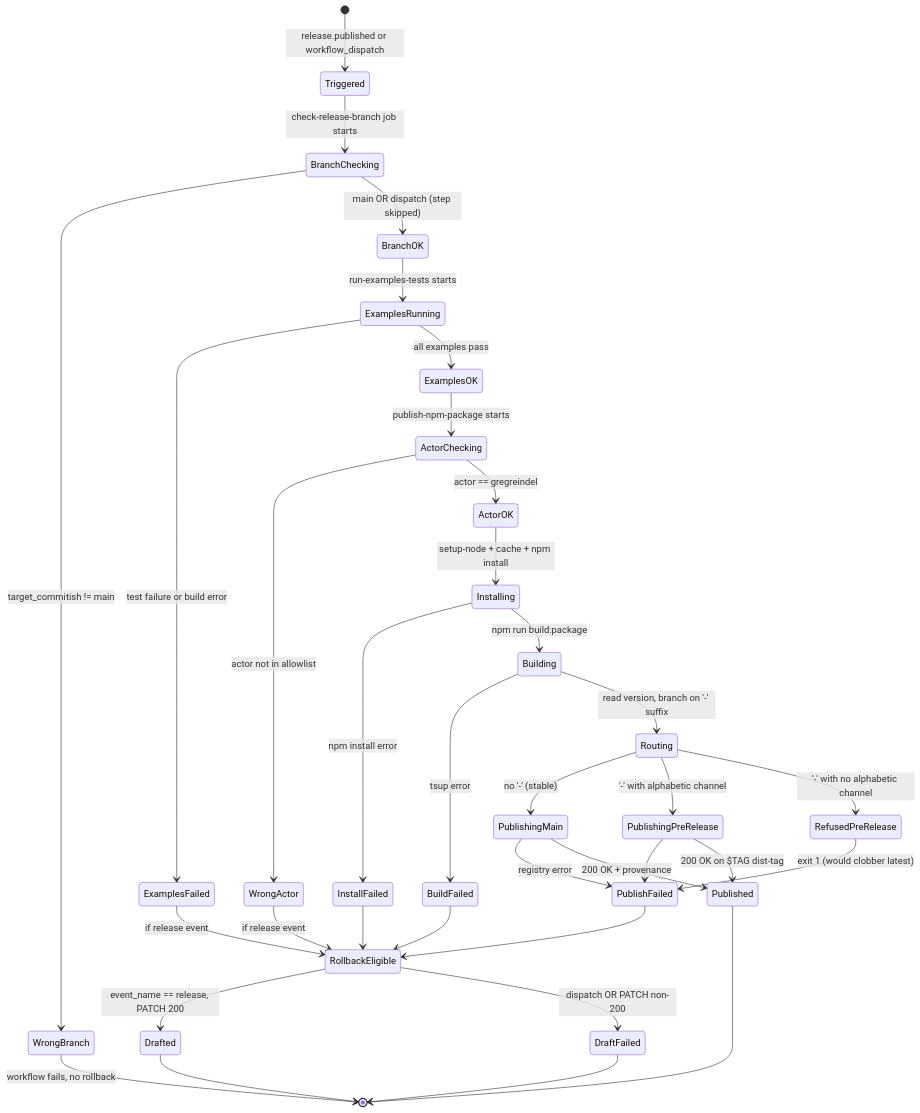
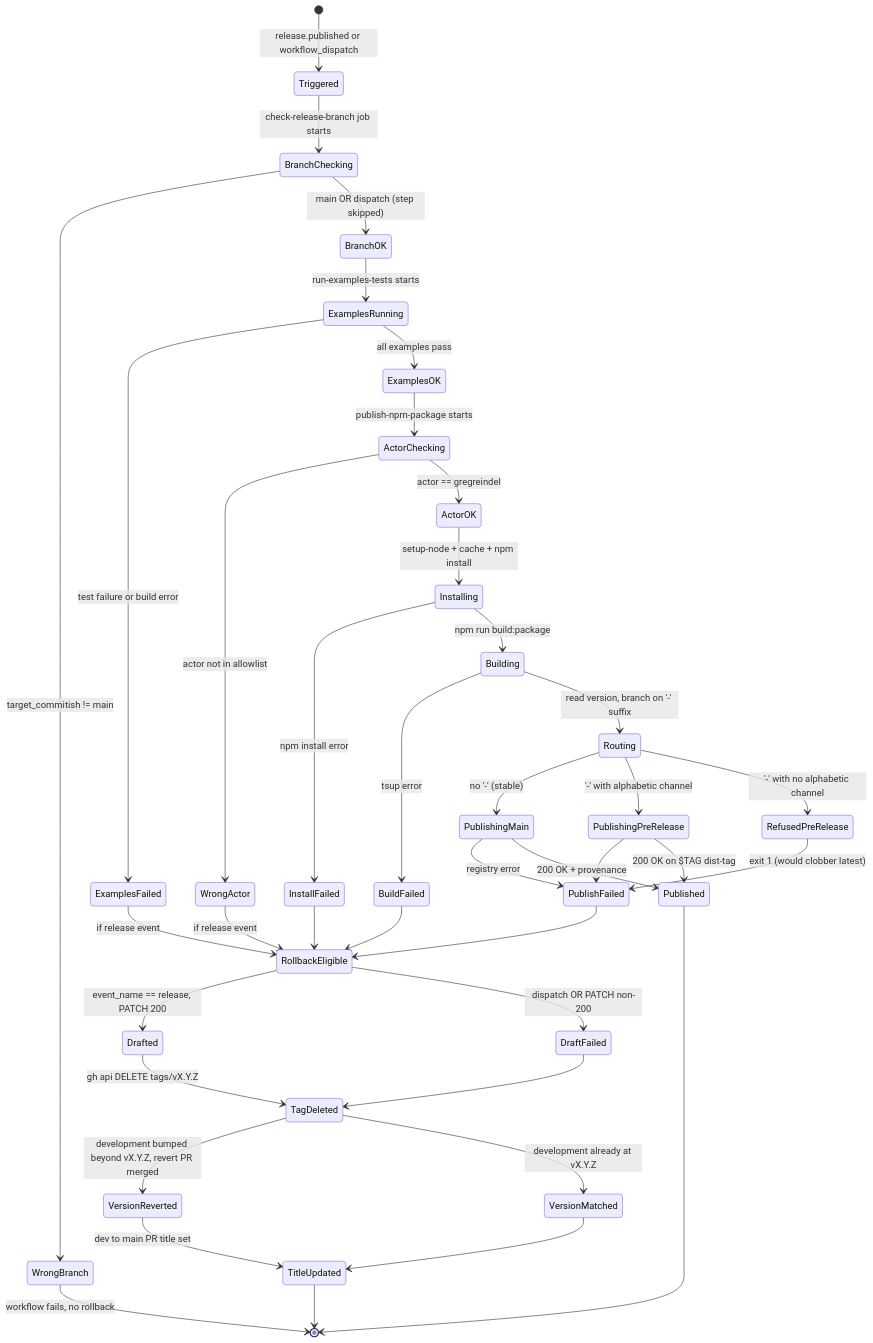
One commit to llm-exe/llm-exe changed the tenth of 12 diagrams in .github/docs/PUBLISH_RELEASE_DEEP_DIVE.md. Above: the diagram before and after it, drawn with Mermaid. The commit also changed other lines of this file and 3 other files, not shown here.

````diff
--- a/.github/docs/PUBLISH_RELEASE_DEEP_DIVE.md
+++ b/.github/docs/PUBLISH_RELEASE_DEEP_DIVE.md
@@ -462,37 +502,42 @@
 ```mermaid
 stateDiagram-v2
     [*] --> Triggered: release.published or workflow_dispatch
     Triggered --> BranchChecking: check-release-branch job starts
     BranchChecking --> WrongBranch: target_commitish != main
     BranchChecking --> BranchOK: main OR dispatch (step skipped)
     WrongBranch --> [*]: workflow fails, no rollback
     BranchOK --> ExamplesRunning: run-examples-tests starts
     ExamplesRunning --> ExamplesFailed: test failure or build error
     ExamplesRunning --> ExamplesOK: all examples pass
     ExamplesFailed --> RollbackEligible: if release event
     ExamplesOK --> ActorChecking: publish-npm-package starts
     ActorChecking --> WrongActor: actor not in allowlist
     ActorChecking --> ActorOK: actor == gregreindel
     WrongActor --> RollbackEligible: if release event
     ActorOK --> Installing: setup-node + cache + npm install
     Installing --> InstallFailed: npm install error
     InstallFailed --> RollbackEligible
     Installing --> Building: npm run build:package
     Building --> BuildFailed: tsup error
     BuildFailed --> RollbackEligible
     Building --> Routing: read version, branch on '-' suffix
     Routing --> PublishingMain: no '-' (stable)
     Routing --> PublishingPreRelease: '-' with alphabetic channel
     Routing --> RefusedPreRelease: '-' with no alphabetic channel
     RefusedPreRelease --> PublishFailed: exit 1 (would clobber latest)
     PublishingMain --> PublishFailed: registry error
     PublishingPreRelease --> PublishFailed
     PublishingMain --> Published: 200 OK + provenance
     PublishingPreRelease --> Published: 200 OK on $TAG dist-tag
     PublishFailed --> RollbackEligible
     RollbackEligible --> Drafted: event_name == release, PATCH 200
     RollbackEligible --> DraftFailed: dispatch OR PATCH non-200
+    Drafted --> TagDeleted: gh api DELETE tags/vX.Y.Z
+    DraftFailed --> TagDeleted
+    TagDeleted --> VersionReverted: development bumped beyond vX.Y.Z, revert PR merged
+    TagDeleted --> VersionMatched: development already at vX.Y.Z
+    VersionReverted --> TitleUpdated: dev to main PR title set
+    VersionMatched --> TitleUpdated
     Published --> [*]
-    Drafted --> [*]
-    DraftFailed --> [*]
+    TitleUpdated --> [*]
 ```
````
